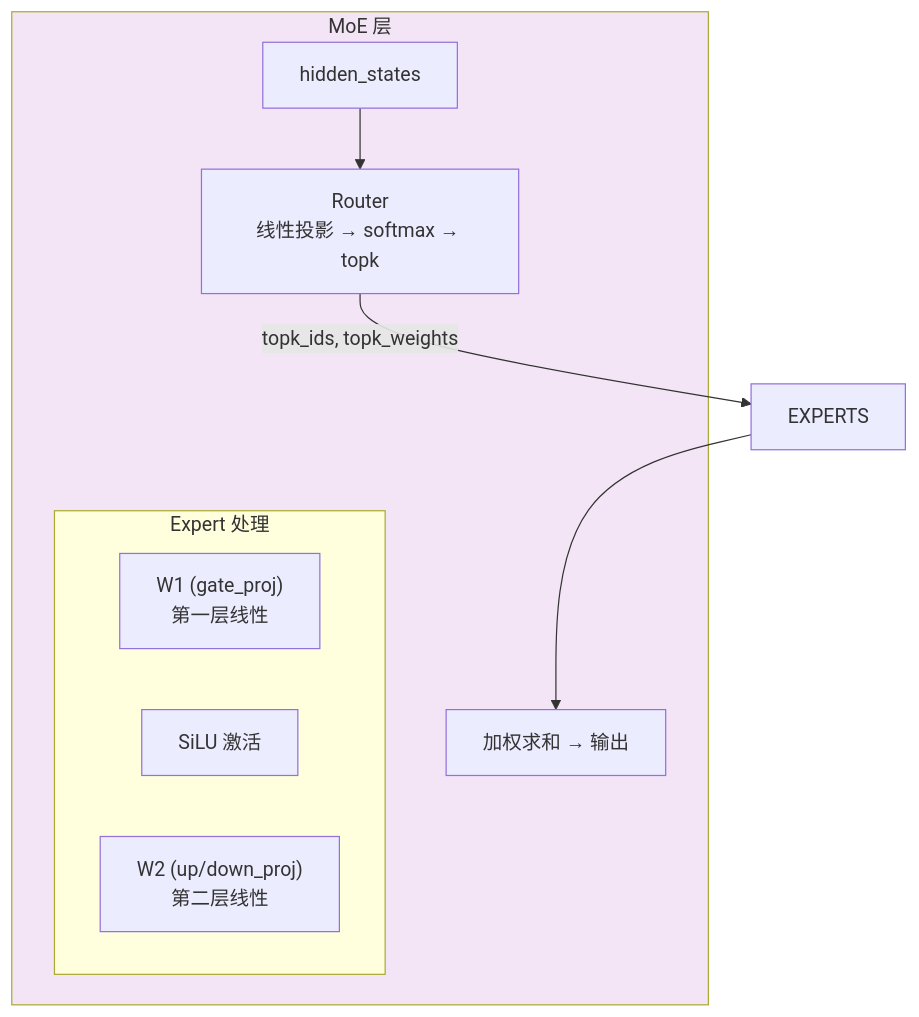
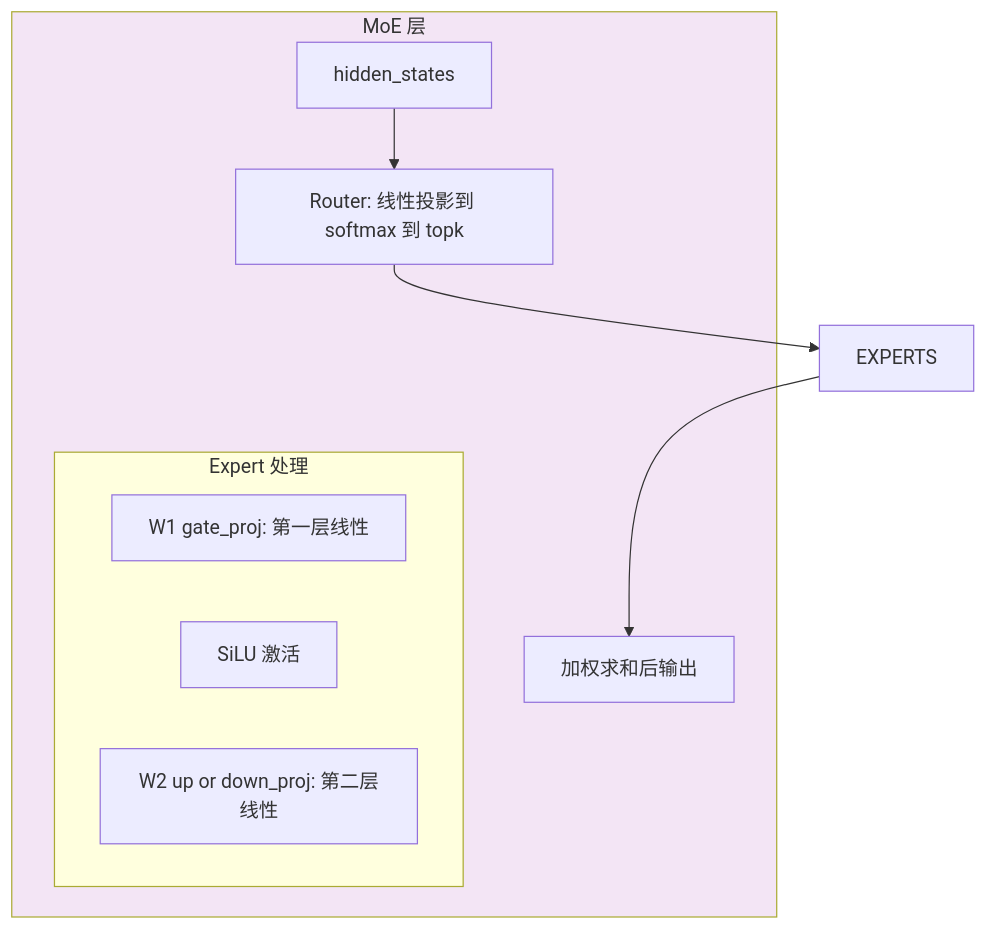
Before and after one commit to ArronHZG/mini-sglang: diagram 24 of 31 in docs/mini-sglang-learning-guide.md, drawn with Mermaid. The commit also changed other lines of this file, not shown here.

````diff
--- a/docs/mini-sglang-learning-guide.md
+++ b/docs/mini-sglang-learning-guide.md
@@ -907,21 +897,21 @@
 ```mermaid
 graph TB
-subgraph MoELayer["MoE 层"]
-INPUT[hidden_states]
-ROUTER[Router<br/>线性投影 → softmax → topk]
+    subgraph MoELayer["MoE 层"]
+        INPUT[hidden_states]
+        ROUTER[Router: 线性投影到 softmax 到 topk]
 
-subgraph Experts["Expert 处理"]
-W1["W1 (gate_proj)<br/>第一层线性"]
-ACT["SiLU 激活"]
-W2["W2 (up/down_proj)<br/>第二层线性"]
-end
+        subgraph Experts["Expert 处理"]
+            W1["W1 gate_proj: 第一层线性"]
+            ACT["SiLU 激活"]
+            W2["W2 up or down_proj: 第二层线性"]
+        end
 
-OUTPUT[加权求和 → 输出]
-end
+        OUTPUT[加权求和后输出]
+    end
 
-INPUT --> ROUTER
-ROUTER -->|"topk_ids, topk_weights "|EXPERTS
-EXPERTS --> OUTPUT
+    INPUT --> ROUTER
+    ROUTER --> EXPERTS
+    EXPERTS --> OUTPUT
 
-style MoELayer fill: #f3e5f5
+    style MoELayer fill: #f3e5f5
 ```
````
